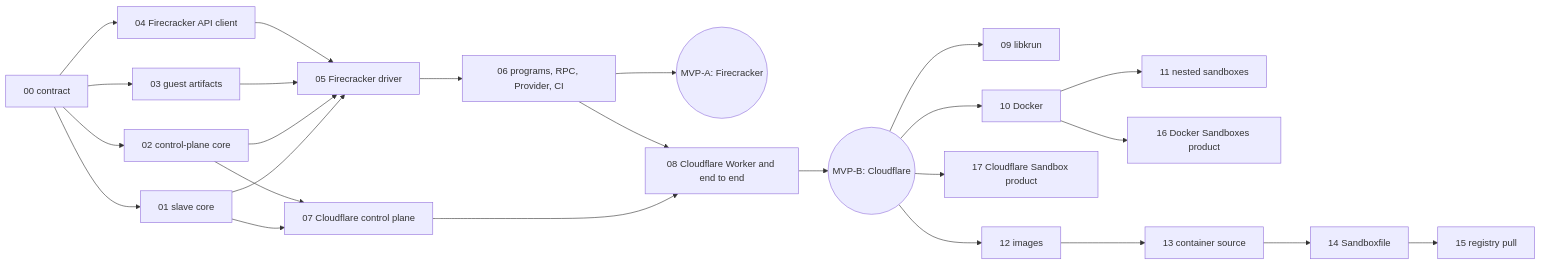
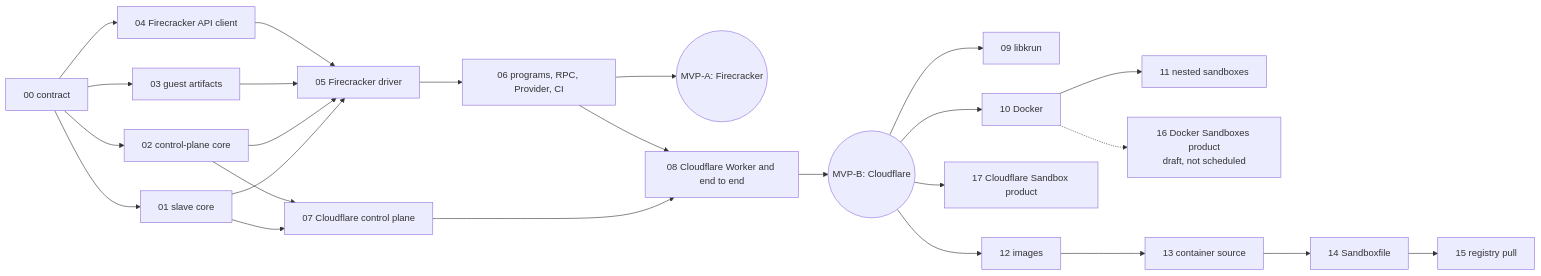
The second of 2 diagrams in specifications/77-foundation-platform-sandbox/requirements.md (ewe-studios/ewe_platform), drawn with Mermaid before and after one commit. The commit also changed other lines of this file and 2 other files, not shown here.

First line of the commit message:
Spec 77: make the Docker Sandboxes product feature a draft

````diff
--- a/specifications/77-foundation-platform-sandbox/requirements.md
+++ b/specifications/77-foundation-platform-sandbox/requirements.md
@@ -375,24 +375,24 @@
 ```mermaid
 graph LR
   F00[00 contract] --> F01[01 slave core]
   F00 --> F02[02 control-plane core]
   F00 --> F03[03 guest artifacts]
   F00 --> F04[04 Firecracker API client]
   F01 --> F05[05 Firecracker driver]
   F02 --> F05
   F03 --> F05
   F04 --> F05
   F05 --> F06[06 programs, RPC, Provider, CI]
   F06 --> MA((MVP-A: Firecracker))
   F01 --> F07[07 Cloudflare control plane]
   F02 --> F07
   F07 --> F08[08 Cloudflare Worker and end to end]
   F06 --> F08
   F08 --> MB((MVP-B: Cloudflare))
   MB --> F09[09 libkrun]
   MB --> F10[10 Docker]
   F10 --> F11[11 nested sandboxes]
-  F10 --> F16[16 Docker Sandboxes product]
+  F10 -.-> F16[16 Docker Sandboxes product<br/>draft, not scheduled]
   MB --> F17[17 Cloudflare Sandbox product]
   MB --> F12[12 images] --> F13[13 container source] --> F14[14 Sandboxfile] --> F15[15 registry pull]
 ```
````
